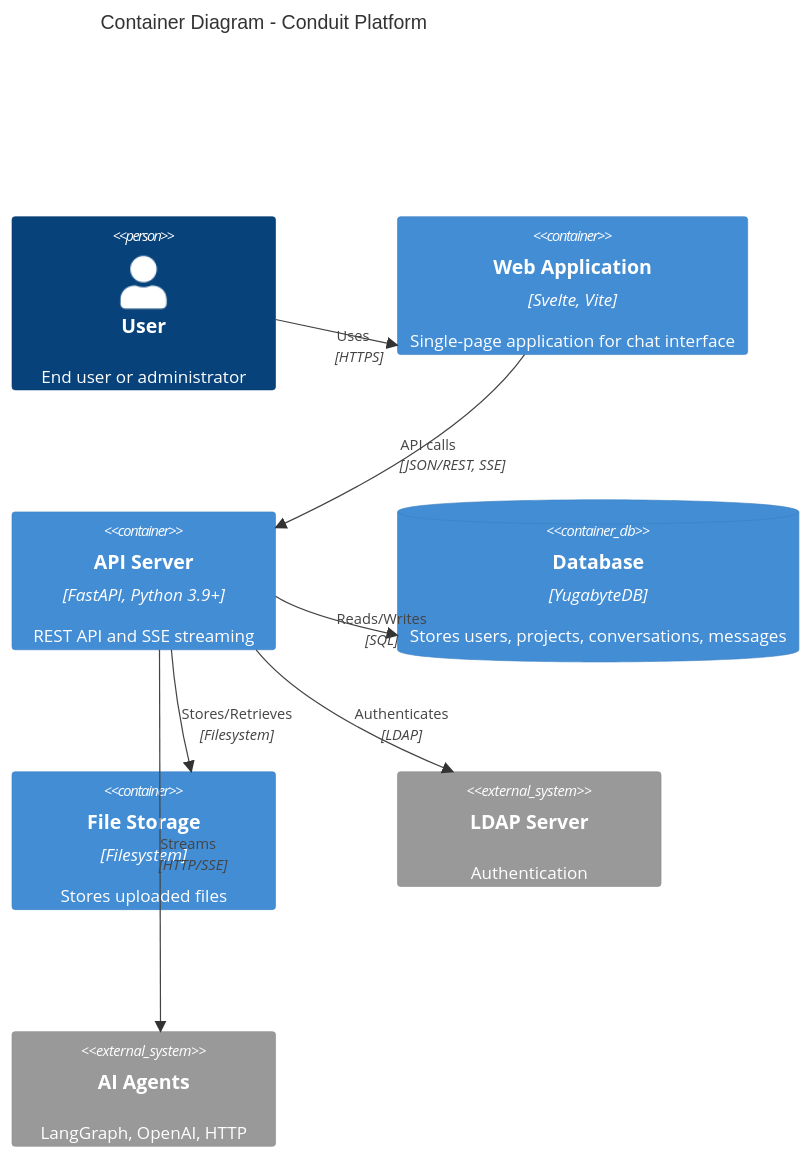
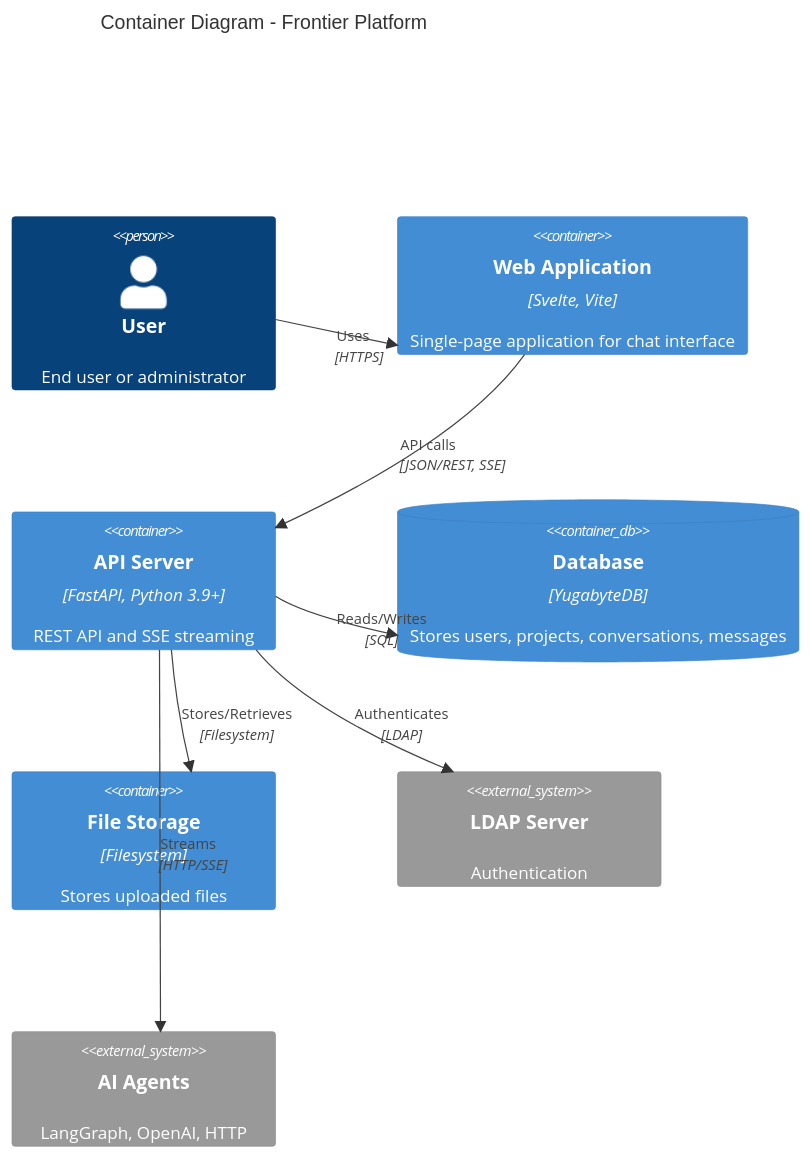
One commit to sweiyang/frontier changed the second of 3 diagrams in docs/ard/ARCHITECTURE.md. Above: the diagram before and after it, drawn with Mermaid. The commit also changed other lines of this file and 60 other files, not shown here.

````diff
--- a/docs/ard/ARCHITECTURE.md
+++ b/docs/ard/ARCHITECTURE.md
@@ -118,21 +118,21 @@
 ```mermaid
 C4Container
-    title Container Diagram - Conduit Platform
+    title Container Diagram - Frontier Platform
 
     Person(user, "User", "End user or administrator")
 
     Container(spa, "Web Application", "Svelte, Vite", "Single-page application for chat interface")
     Container(api, "API Server", "FastAPI, Python 3.9+", "REST API and SSE streaming")
     ContainerDb(db, "Database", "YugabyteDB", "Stores users, projects, conversations, messages")
     Container(uploads, "File Storage", "Filesystem", "Stores uploaded files")
 
     System_Ext(ldap, "LDAP Server", "Authentication")
     System_Ext(agents, "AI Agents", "LangGraph, OpenAI, HTTP")
 
     Rel(user, spa, "Uses", "HTTPS")
     Rel(spa, api, "API calls", "JSON/REST, SSE")
     Rel(api, db, "Reads/Writes", "SQL")
     Rel(api, uploads, "Stores/Retrieves", "Filesystem")
     Rel(api, ldap, "Authenticates", "LDAP")
     Rel(api, agents, "Streams", "HTTP/SSE")
 ```
````
